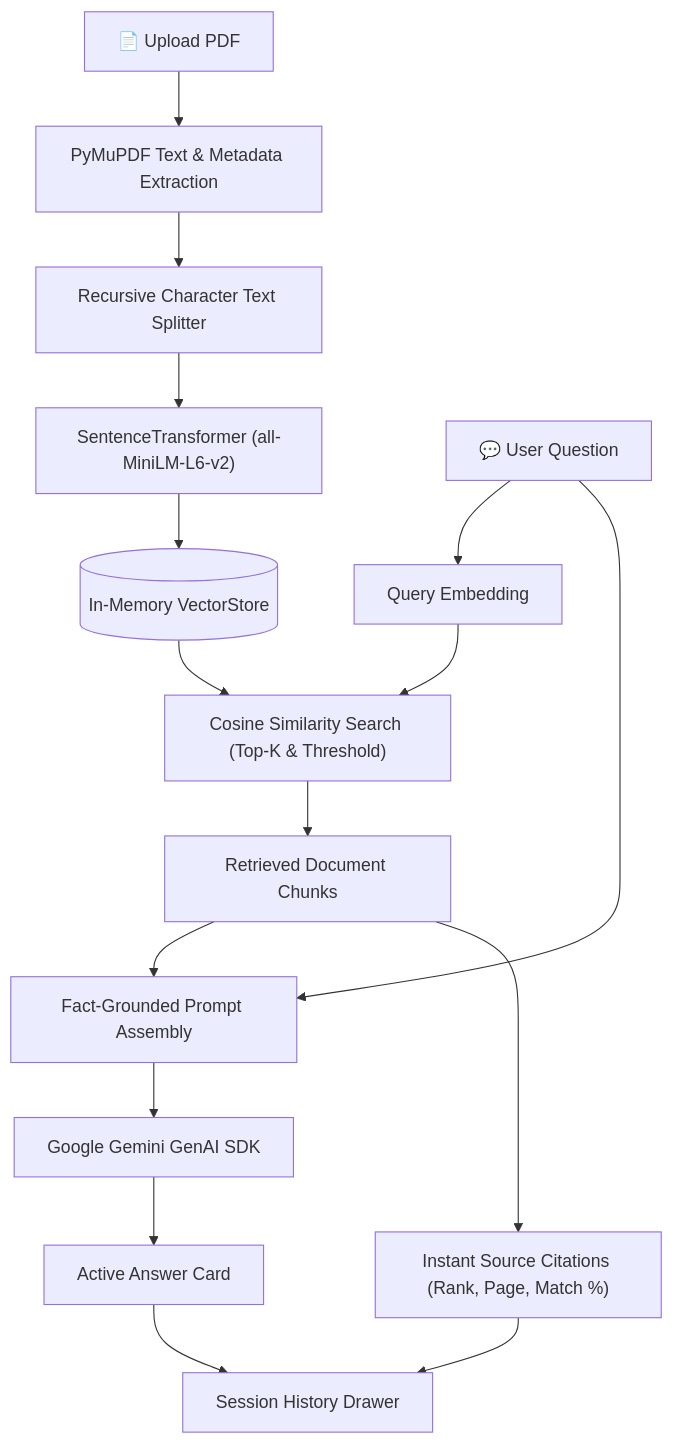
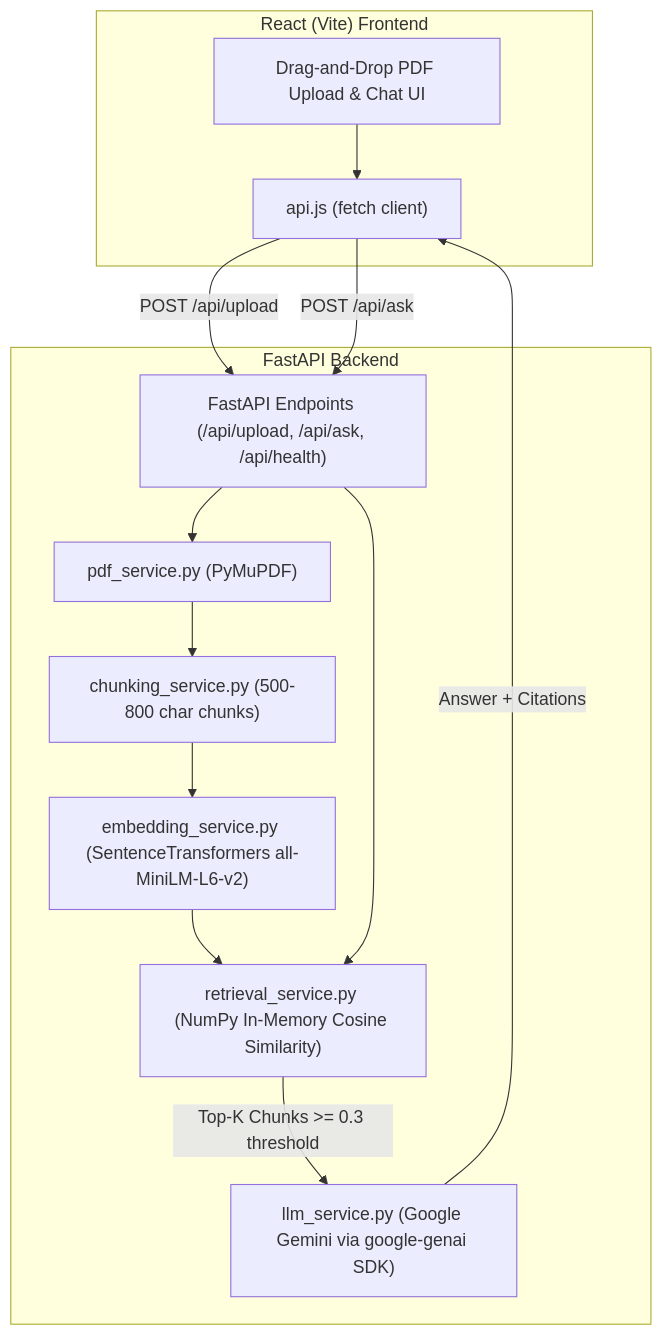
The diagram in README.md (rohitvaddepalli/RAG-PDF-AI), drawn with Mermaid before and after one commit. The commit also changed other lines of this file and 40 other files, not shown here.

Commit message:
feat: initialize RAG PDF AI project with backend and frontend structure

````diff
--- a/README.md
+++ b/README.md
@@ -23,21 +11,29 @@
 ```mermaid
 flowchart TD
-    A["📄 Upload PDF"] --> B["PyMuPDF Text & Metadata Extraction"]
-    B --> C["Recursive Character Text Splitter"]
-    C --> D["SentenceTransformer (all-MiniLM-L6-v2)"]
-    D --> E[("In-Memory VectorStore")]
-    
-    F["💬 User Question"] --> G["Query Embedding"]
-    G --> H["Cosine Similarity Search (Top-K & Threshold)"]
-    E --> H
-    H --> I["Retrieved Document Chunks"]
-    
-    I --> J["Fact-Grounded Prompt Assembly"]
-    F --> J
-    J --> K["Google Gemini GenAI SDK"]
-    
-    K --> L["Active Answer Card"]
-    I --> M["Instant Source Citations (Rank, Page, Match %)"]
-    L --> N["Session History Drawer"]
-    M --> N
+    subgraph Frontend["React (Vite) Frontend"]
+        UI["Drag-and-Drop PDF Upload & Chat UI"]
+        API_CLIENT["api.js (fetch client)"]
+        UI --> API_CLIENT
+    end
+
+    subgraph Backend["FastAPI Backend"]
+        ROUTER["FastAPI Endpoints (/api/upload, /api/ask, /api/health)"]
+        PDF_SVC["pdf_service.py (PyMuPDF)"]
+        CHUNK_SVC["chunking_service.py (500-800 char chunks)"]
+        EMB_SVC["embedding_service.py (SentenceTransformers all-MiniLM-L6-v2)"]
+        STORE["retrieval_service.py (NumPy In-Memory Cosine Similarity)"]
+        LLM_SVC["llm_service.py (Google Gemini via google-genai SDK)"]
+        
+        API_CLIENT -->|POST /api/upload| ROUTER
+        API_CLIENT -->|POST /api/ask| ROUTER
+        
+        ROUTER --> PDF_SVC
+        PDF_SVC --> CHUNK_SVC
+        CHUNK_SVC --> EMB_SVC
+        EMB_SVC --> STORE
+        
+        ROUTER --> STORE
+        STORE -->|Top-K Chunks >= 0.3 threshold| LLM_SVC
+        LLM_SVC -->|Answer + Citations| API_CLIENT
+    end
 ```
````
